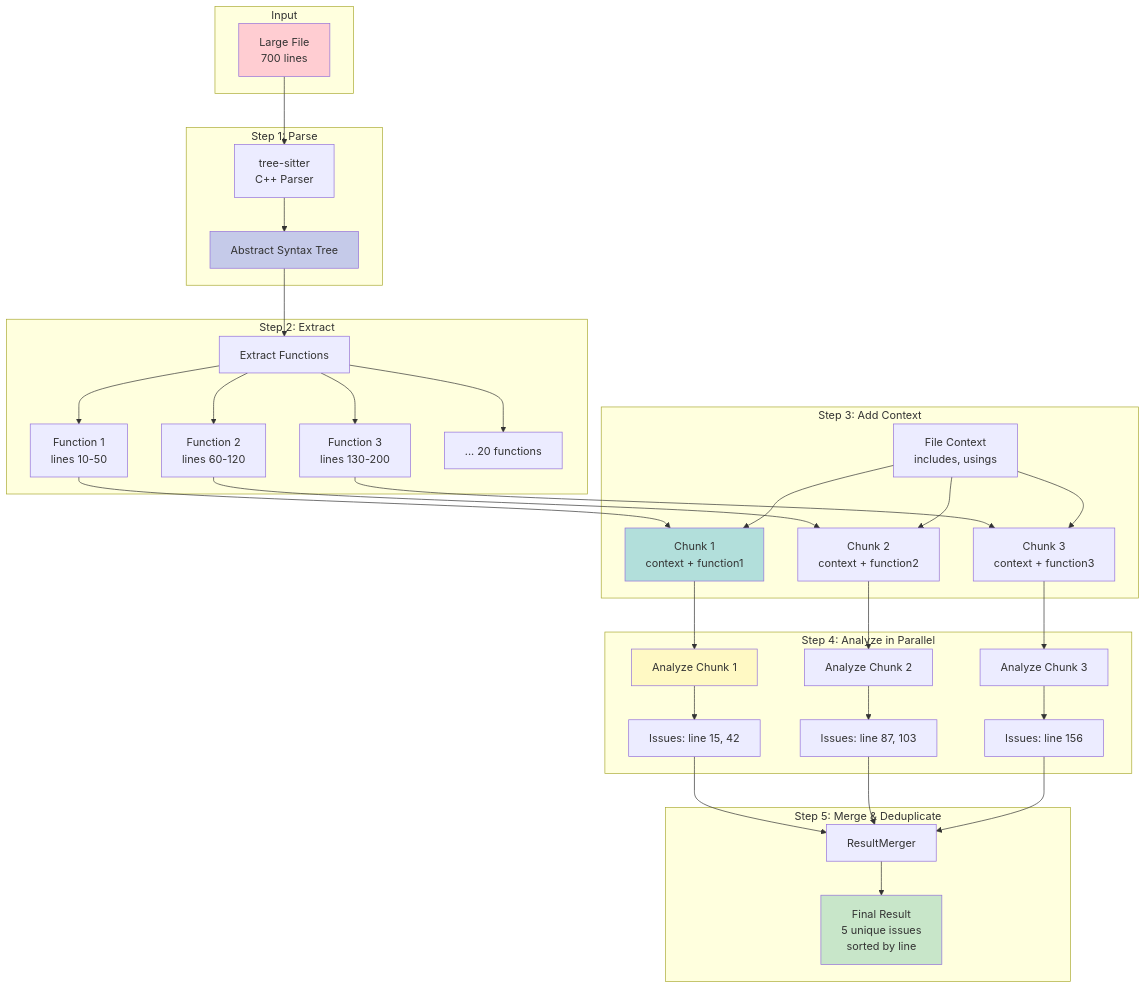
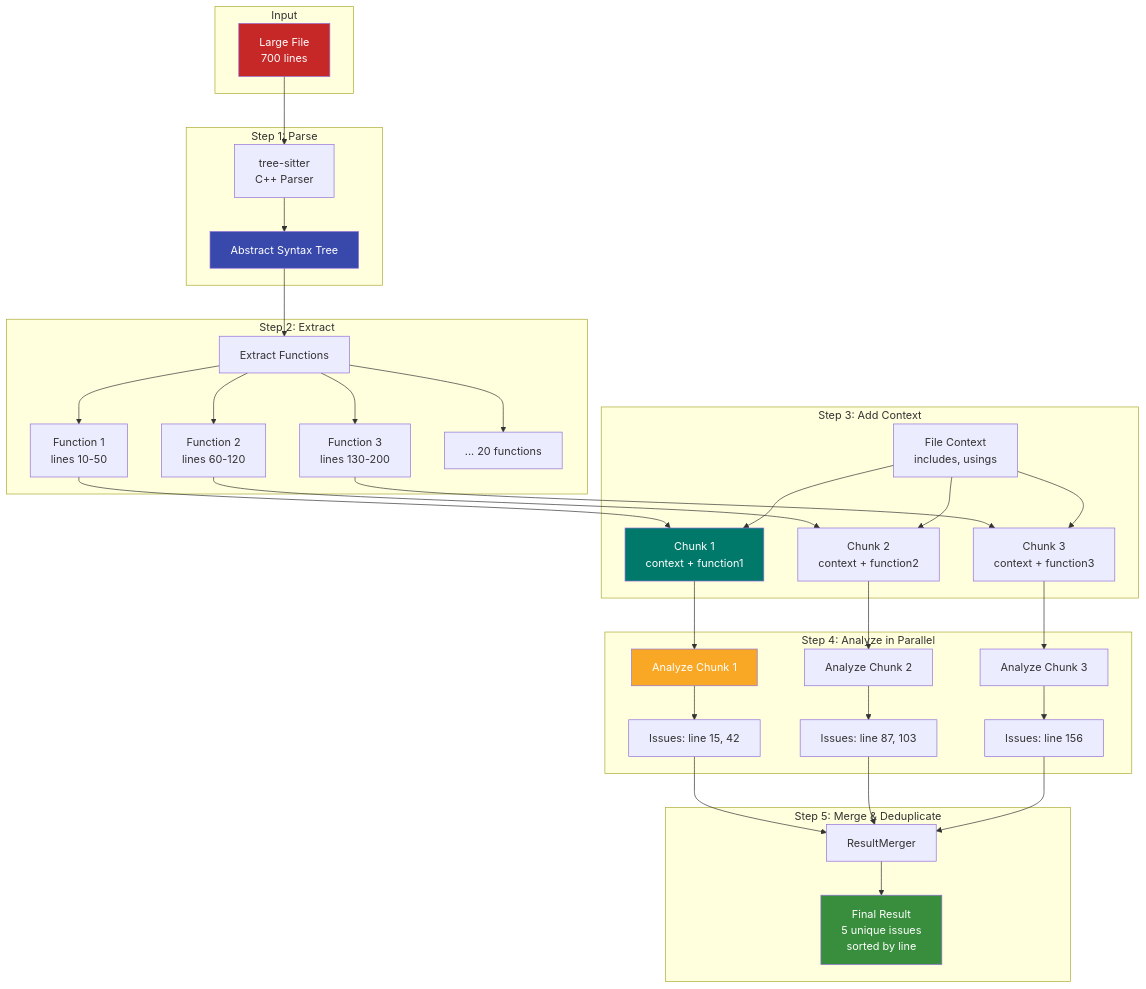
The ninth of 9 diagrams in docs/architecture/overview.md (ApeachM/llm-code-reviewer), drawn with Mermaid before and after one commit. The commit also changed other lines of this file and 2 other files, not shown here.

First line of the commit message:
docs: Update Mermaid diagram colors for improved dark theme readability

````diff
--- a/docs/architecture/overview.md
+++ b/docs/architecture/overview.md
@@ -610,52 +610,52 @@
 ```mermaid
 graph TB
     subgraph "Input"
         LF[Large File<br/>700 lines]
     end
 
     subgraph "Step 1: Parse"
         LF --> TS[tree-sitter<br/>C++ Parser]
         TS --> AST[Abstract Syntax Tree]
     end
 
     subgraph "Step 2: Extract"
         AST --> EF[Extract Functions]
         EF --> F1[Function 1<br/>lines 10-50]
         EF --> F2[Function 2<br/>lines 60-120]
         EF --> F3[Function 3<br/>lines 130-200]
         EF --> FN[... 20 functions]
     end
 
     subgraph "Step 3: Add Context"
         F1 --> C1[Chunk 1<br/>context + function1]
         F2 --> C2[Chunk 2<br/>context + function2]
         F3 --> C3[Chunk 3<br/>context + function3]
 
         Context[File Context<br/>includes, usings] --> C1
         Context --> C2
         Context --> C3
     end
 
     subgraph "Step 4: Analyze in Parallel"
         C1 --> A1[Analyze Chunk 1]
         C2 --> A2[Analyze Chunk 2]
         C3 --> A3[Analyze Chunk 3]
 
         A1 --> R1[Issues: line 15, 42]
         A2 --> R2[Issues: line 87, 103]
         A3 --> R3[Issues: line 156]
     end
 
     subgraph "Step 5: Merge & Deduplicate"
         R1 --> Merge[ResultMerger]
         R2 --> Merge
         R3 --> Merge
         Merge --> Final[Final Result<br/>5 unique issues<br/>sorted by line]
     end
 
-    style LF fill:#ffcdd2
-    style AST fill:#c5cae9
-    style C1 fill:#b2dfdb
-    style A1 fill:#fff9c4
-    style Final fill:#c8e6c9
+    style LF fill:#c62828,color:#fff
+    style AST fill:#3949ab,color:#fff
+    style C1 fill:#00796b,color:#fff
+    style A1 fill:#f9a825,color:#fff
+    style Final fill:#388e3c,color:#fff
 ```
````
